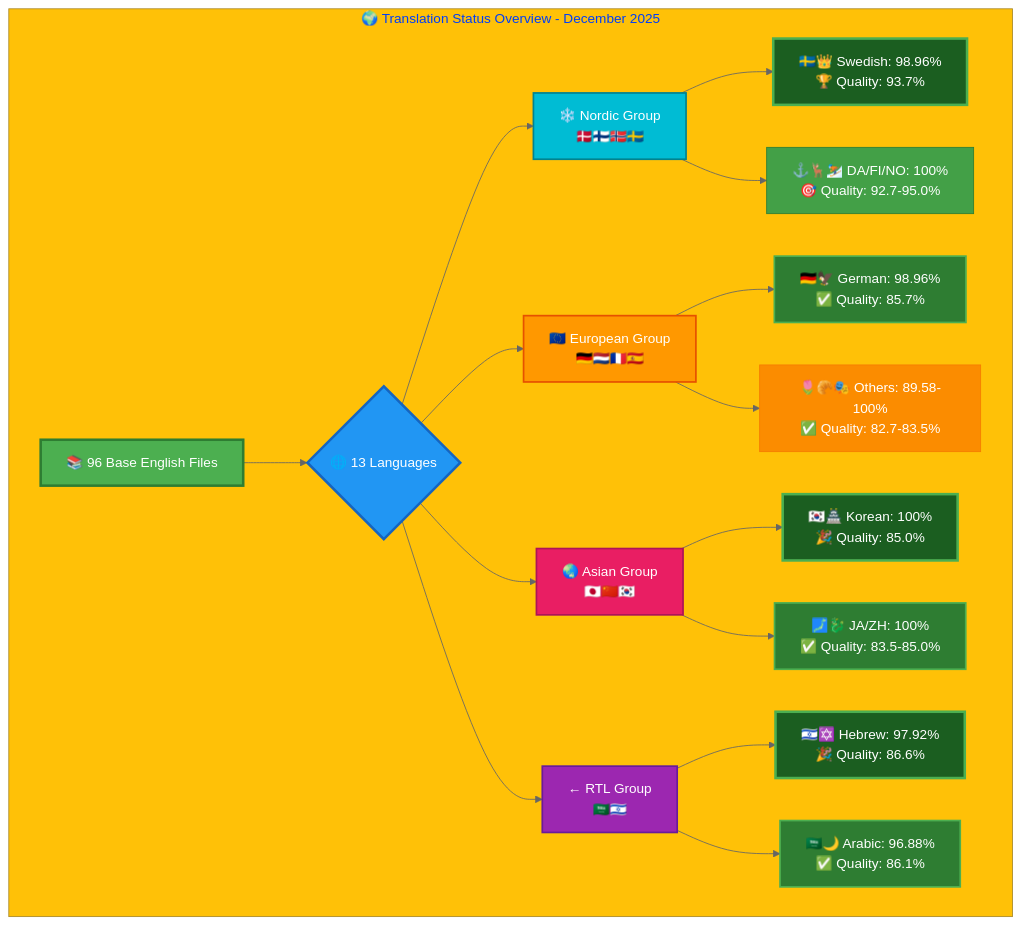
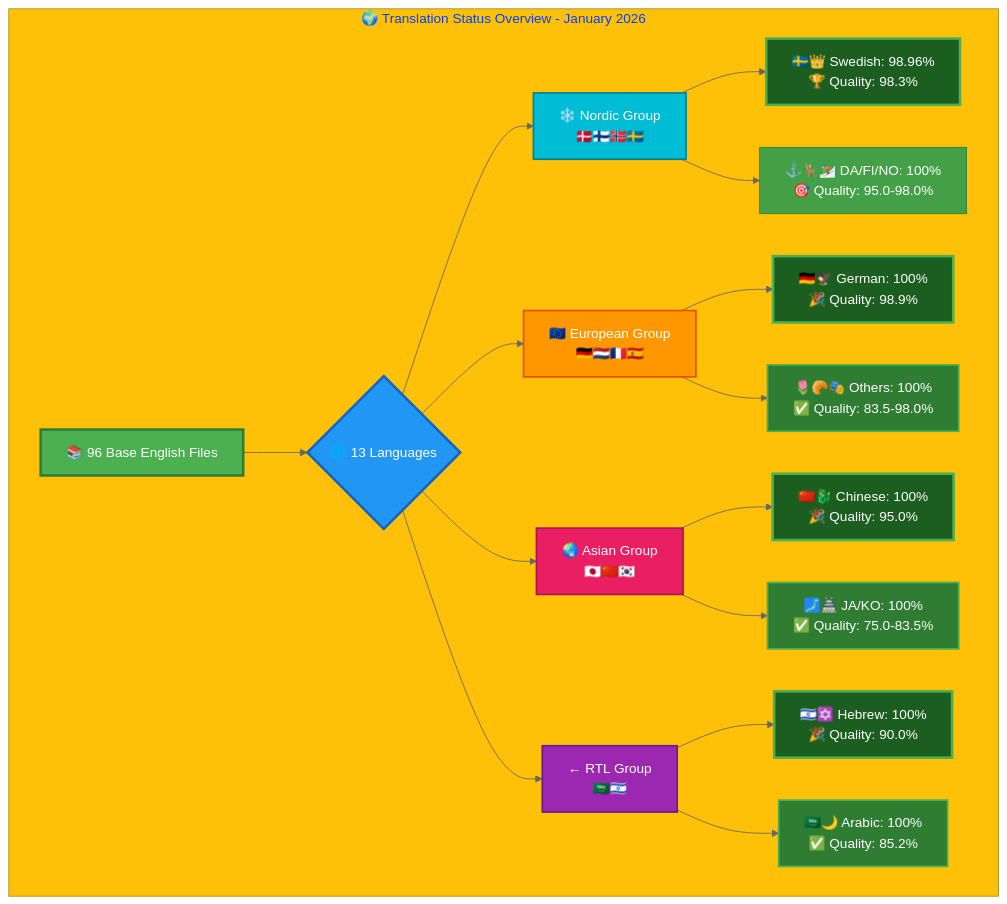
One commit to Hack23/homepage changed the first of 2 diagrams in TRANSLATION_DOCUMENTATION_README.md. Above: the diagram before and after it, drawn with Mermaid. The commit also changed other lines of this file and 1 other file, not shown here.

Commit message:
Update TRANSLATION_DOCUMENTATION_README.md with January 2026 statistics and regenerate sitemap.xml

````diff
--- a/TRANSLATION_DOCUMENTATION_README.md
+++ b/TRANSLATION_DOCUMENTATION_README.md
@@ -219,38 +248,38 @@
 ```mermaid
 %%{init: {'theme':'base', 'themeVariables': { 'primaryColor':'#4CAF50','primaryTextColor':'#fff','primaryBorderColor':'#2E7D32','lineColor':'#666','secondaryColor':'#2196F3','tertiaryColor':'#FFC107','fontSize':'16px'}}}%%
 graph TB
-    subgraph "🌍 Translation Status Overview - December 2025"
+    subgraph "🌍 Translation Status Overview - January 2026"
         A["📚 96 Base English Files"] --> B{"🌐 13 Languages"}
         B --> C["❄️ Nordic Group<br/>🇩🇰🇫🇮🇳🇴🇸🇪"]
         B --> D["🇪🇺 European Group<br/>🇩🇪🇳🇱🇫🇷🇪🇸"]
         B --> E["🌏 Asian Group<br/>🇯🇵🇨🇳🇰🇷"]
         B --> F["← RTL Group<br/>🇸🇦🇮🇱"]
         
-        C --> C1["🇸🇪👑 Swedish: 98.96%<br/>🏆 Quality: 93.7%"]
-        C --> C2["⚓🦌⛷️ DA/FI/NO: 100%<br/>🎯 Quality: 92.7-95.0%"]
+        C --> C1["🇸🇪👑 Swedish: 98.96%<br/>🏆 Quality: 98.3%"]
+        C --> C2["⚓🦌⛷️ DA/FI/NO: 100%<br/>🎯 Quality: 95.0-98.0%"]
         
-        D --> D1["🇩🇪🦅 German: 98.96%<br/>✅ Quality: 85.7%"]
-        D --> D2["🌷🥐🎭 Others: 89.58-100%<br/>✅ Quality: 82.7-83.5%"]
+        D --> D1["🇩🇪🦅 German: 100%<br/>🎉 Quality: 98.9%"]
+        D --> D2["🌷🥐🎭 Others: 100%<br/>✅ Quality: 83.5-98.0%"]
         
-        E --> E1["🇰🇷🏯 Korean: 100%<br/>🎉 Quality: 85.0%"]
-        E --> E2["🗾🐉 JA/ZH: 100%<br/>✅ Quality: 83.5-85.0%"]
+        E --> E1["🇨🇳🐉 Chinese: 100%<br/>🎉 Quality: 95.0%"]
+        E --> E2["🗾🏯 JA/KO: 100%<br/>✅ Quality: 75.0-83.5%"]
         
-        F --> F1["🇮🇱✡️ Hebrew: 97.92%<br/>🎉 Quality: 86.6%"]
-        F --> F2["🇸🇦🌙 Arabic: 96.88%<br/>✅ Quality: 86.1%"]
+        F --> F1["🇮🇱✡️ Hebrew: 100%<br/>🎉 Quality: 90.0%"]
+        F --> F2["🇸🇦🌙 Arabic: 100%<br/>✅ Quality: 85.2%"]
         
         style A fill:#4CAF50,stroke:#2E7D32,color:#fff,stroke-width:3px
         style B fill:#2196F3,stroke:#1565C0,color:#fff,stroke-width:3px
         style C fill:#00BCD4,stroke:#00838F,color:#fff,stroke-width:2px
         style D fill:#FF9800,stroke:#E65100,color:#fff,stroke-width:2px
         style E fill:#E91E63,stroke:#AD1457,color:#fff,stroke-width:2px
         style F fill:#9C27B0,stroke:#6A1B9A,color:#fff,stroke-width:2px
         style C1 fill:#1B5E20,stroke:#4CAF50,color:#fff,stroke-width:3px
         style C2 fill:#43A047,stroke:#2E7D32,color:#fff
-        style D1 fill:#2E7D32,stroke:#4CAF50,color:#fff,stroke-width:2px
-        style D2 fill:#FB8C00,stroke:#F57C00,color:#fff
+        style D1 fill:#1B5E20,stroke:#4CAF50,color:#fff,stroke-width:3px
+        style D2 fill:#2E7D32,stroke:#4CAF50,color:#fff,stroke-width:2px
         style E1 fill:#1B5E20,stroke:#4CAF50,color:#fff,stroke-width:3px
         style E2 fill:#2E7D32,stroke:#4CAF50,color:#fff,stroke-width:2px
         style F1 fill:#1B5E20,stroke:#4CAF50,color:#fff,stroke-width:3px
         style F2 fill:#2E7D32,stroke:#4CAF50,color:#fff,stroke-width:2px
     end
 ```
````
